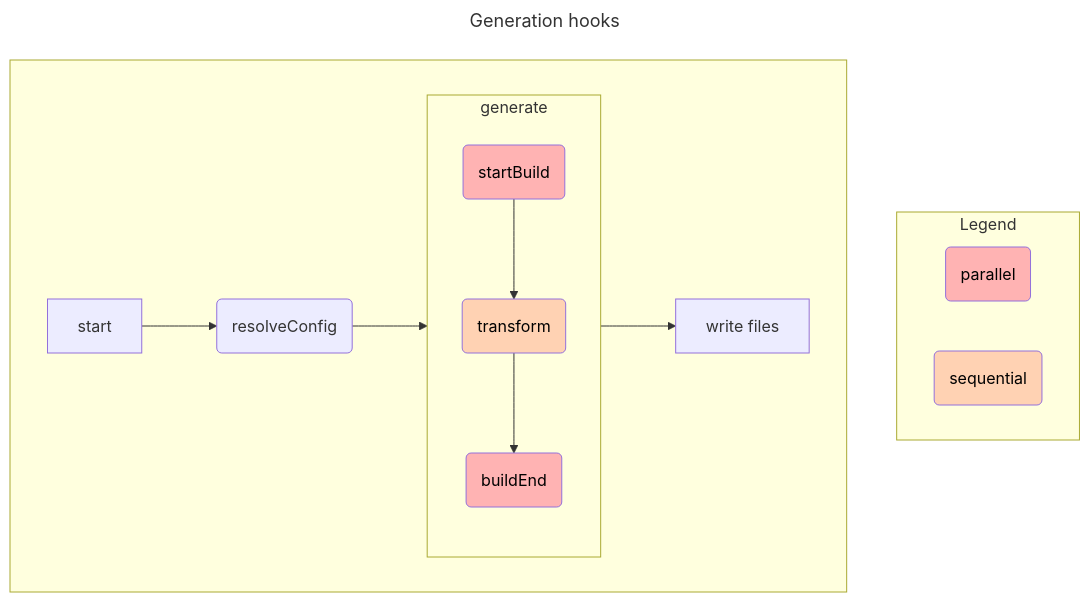
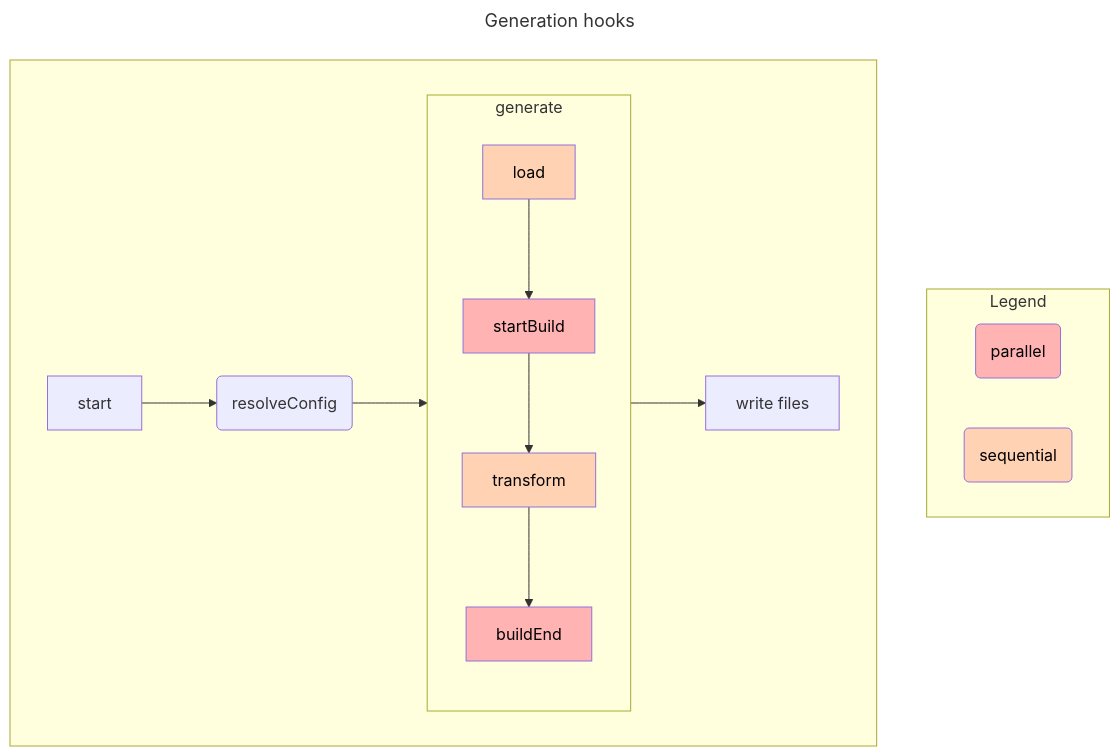
Before and after one commit to gsoft-inc/wl-openapi-typescript: the diagram in docs/src/using-plugins.md, drawn with Mermaid. The commit also changed 28 other files, not shown here.

````diff
--- a/docs/src/using-plugins.md
+++ b/docs/src/using-plugins.md
@@ -185,24 +185,25 @@
 ```mermaid
 ---
 title: Generation hooks
 ---
 flowchart TB
     classDef parallel fill:#FFB3B3,color:black
     classDef sequential fill:#FFD2B3,color:black
 
     subgraph Legend
         parallel(parallel):::parallel 
         sequential(sequential):::sequential 
     end 
 
     subgraph generate
         direction TB
-        gen_A(startBuild):::parallel 
-        --> gen_B(transform):::sequential
-        --> gen_C(buildEnd):::parallel
+        load:::sequential
+        --> startBuild:::parallel
+        --> transform:::sequential
+        --> buildEnd:::parallel
     end
 
     subgraph &nbsp;
         A[start] --> B(resolveConfig) --> generate  --> E[write files]
     end
 ```
````
